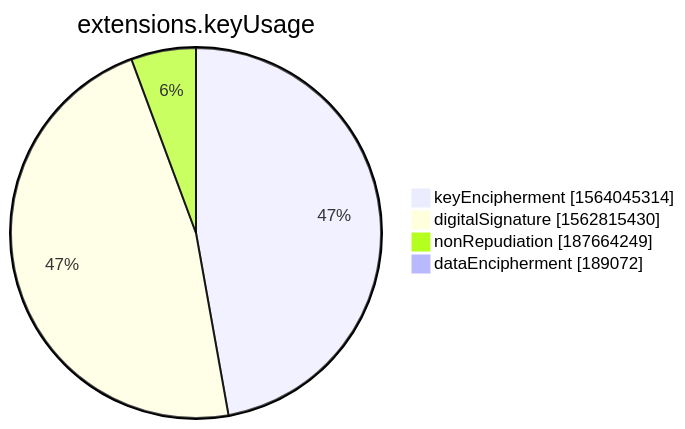
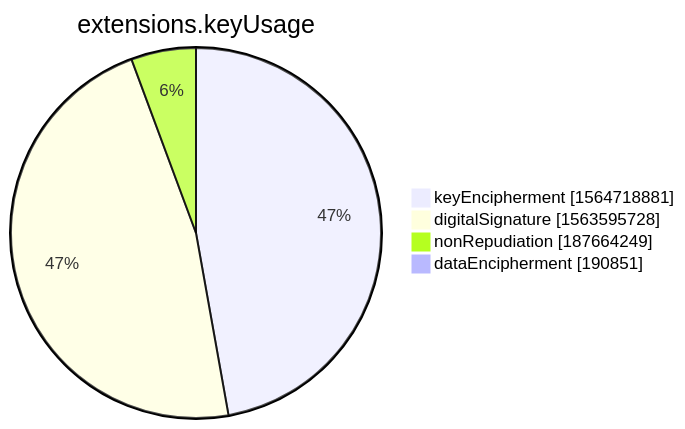
One commit to christiankrug/ctmonitor_visualization changed the seventh of 15 diagrams in xenon2022/README.md. Above: the diagram before and after it, drawn with Mermaid. The commit also changed other lines of this file, not shown here.

````diff
--- a/xenon2022/README.md
+++ b/xenon2022/README.md
@@ -2853,8 +2853,8 @@
 ```mermaid
 pie showData
 title extensions.keyUsage
-"keyEncipherment" :1564045314
-"digitalSignature" :1562815430
+"keyEncipherment" :1564718881
+"digitalSignature" :1563595728
 "nonRepudiation" :187664249
-"dataEncipherment" :189072
+"dataEncipherment" :190851
 ```
````
